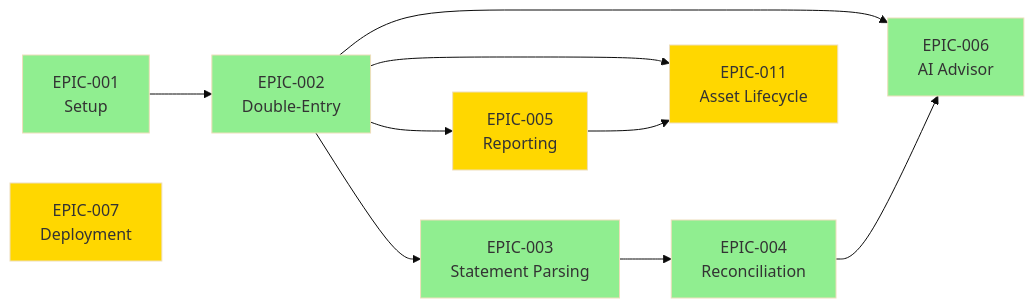
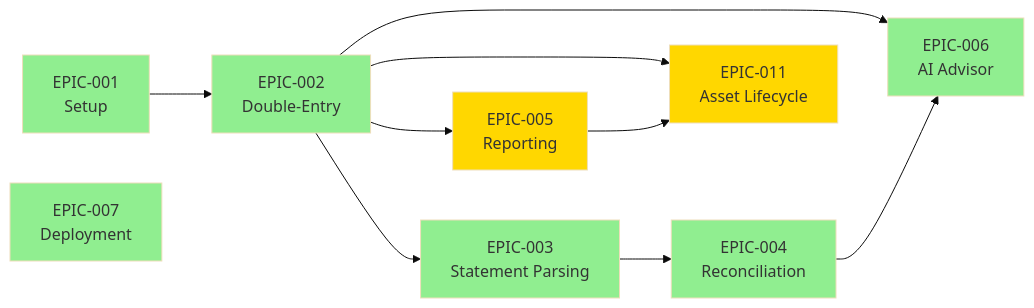
One commit to wangzitian0/finance_report changed the diagram in docs/project/README.md. Above: the diagram before and after it, drawn with Mermaid (base theme). The commit also changed other lines of this file and 2 other files, not shown here.

````diff
--- a/docs/project/README.md
+++ b/docs/project/README.md
@@ -55,21 +56,21 @@
 ```mermaid
 graph LR
     E1[EPIC-001<br/>Setup] --> E2[EPIC-002<br/>Double-Entry]
     E2 --> E3[EPIC-003<br/>Statement Parsing]
     E3 --> E4[EPIC-004<br/>Reconciliation]
     E2 --> E5[EPIC-005<br/>Reporting]
     E2 --> E6[EPIC-006<br/>AI Advisor]
     E4 --> E6
     E7[EPIC-007<br/>Deployment]
     E2 --> E11[EPIC-011<br/>Asset Lifecycle]
     E5 --> E11
     
     style E1 fill:#90EE90
     style E2 fill:#90EE90
     style E3 fill:#90EE90
     style E4 fill:#90EE90
     style E5 fill:#FFD700
     style E6 fill:#90EE90
-    style E7 fill:#FFD700
+    style E7 fill:#90EE90
     style E11 fill:#FFD700
 ```
````
